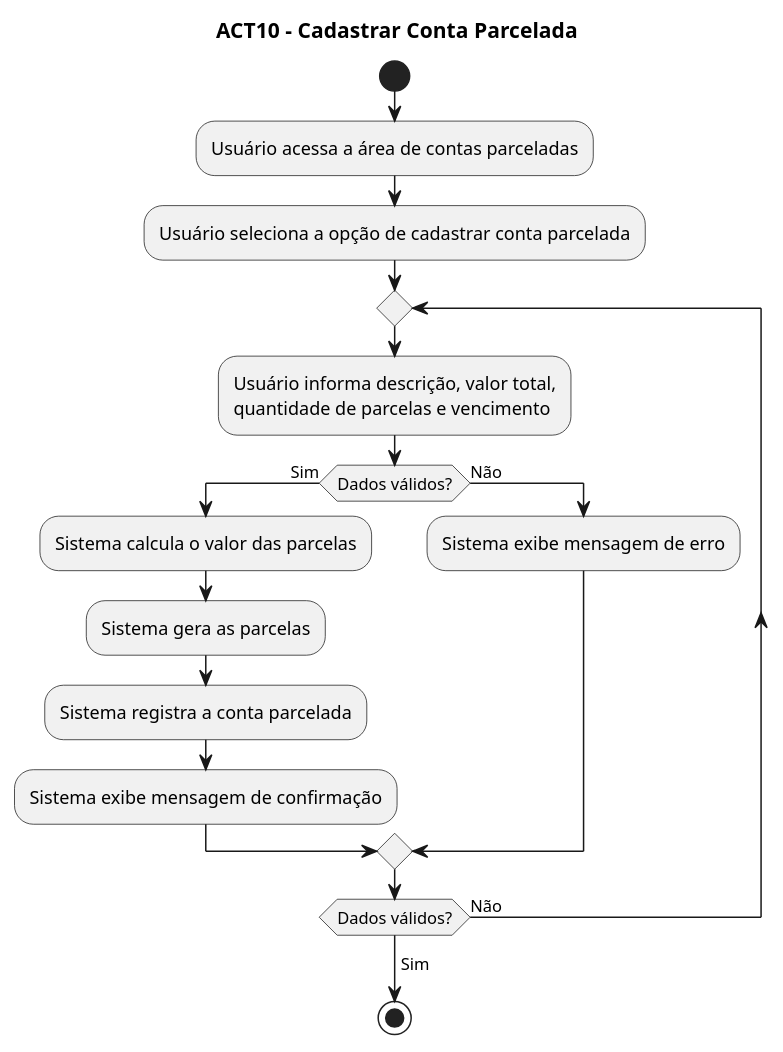
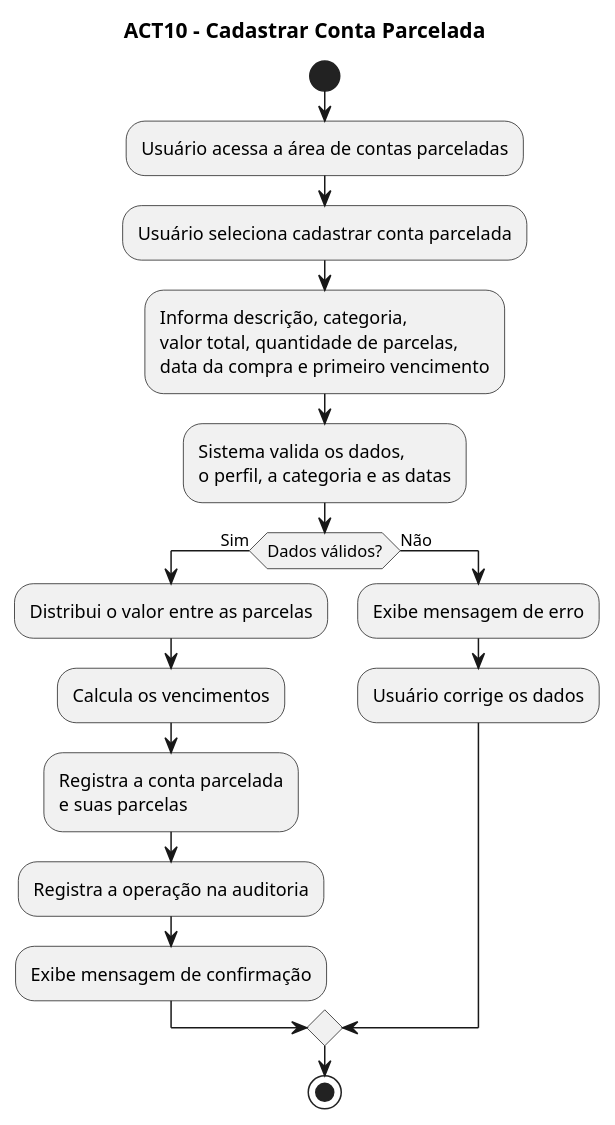
One commit to Nathan-Edu/Financa-Facil changed the diagram in docs/modelagem/atividades/act10-cadastrar-conta-parcelada.puml. Above: the diagram before and after it, drawn with PlantUML.

Commit message:
Refine flow for registering installment accounts

```diff
--- a/docs/modelagem/atividades/act10-cadastrar-conta-parcelada.puml
+++ b/docs/modelagem/atividades/act10-cadastrar-conta-parcelada.puml
@@ -1,27 +1,30 @@
 @startuml
-
 title ACT10 - Cadastrar Conta Parcelada
 
 start
 
 :Usuário acessa a área de contas parceladas;
-:Usuário seleciona a opção de cadastrar conta parcelada;
+:Usuário seleciona cadastrar conta parcelada;
 
-repeat
-  :Usuário informa descrição, valor total,\nquantidade de parcelas e vencimento;
+:Informa descrição, categoria,\nvalor total, quantidade de parcelas,\ndata da compra e primeiro vencimento;
 
-  if (Dados válidos?) then (Sim)
-    :Sistema calcula o valor das parcelas;
-    :Sistema gera as parcelas;
-    :Sistema registra a conta parcelada;
-    :Sistema exibe mensagem de confirmação;
-  else (Não)
-    :Sistema exibe mensagem de erro;
-  endif
+:Sistema valida os dados,\no perfil, a categoria e as datas;
 
-repeat while (Dados válidos?) is (Não)
--> Sim;
+if (Dados válidos?) then (Sim)
+
+  :Distribui o valor entre as parcelas;
+  :Calcula os vencimentos;
+  :Registra a conta parcelada\ne suas parcelas;
+  :Registra a operação na auditoria;
+  :Exibe mensagem de confirmação;
+
+else (Não)
+
+  :Exibe mensagem de erro;
+  :Usuário corrige os dados;
+
+endif
 
 stop
 
 @enduml
```
